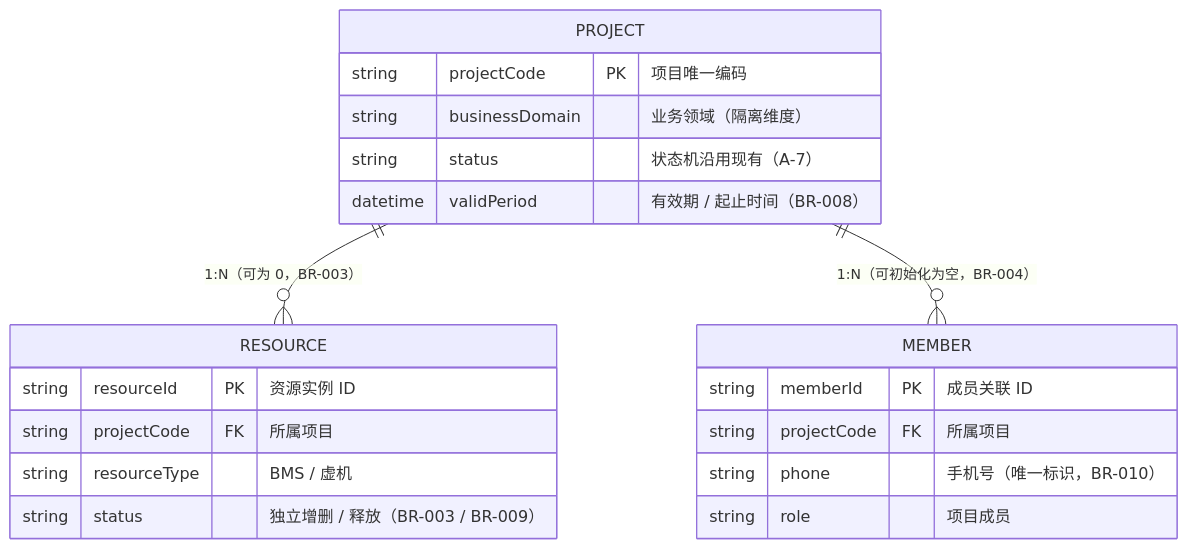
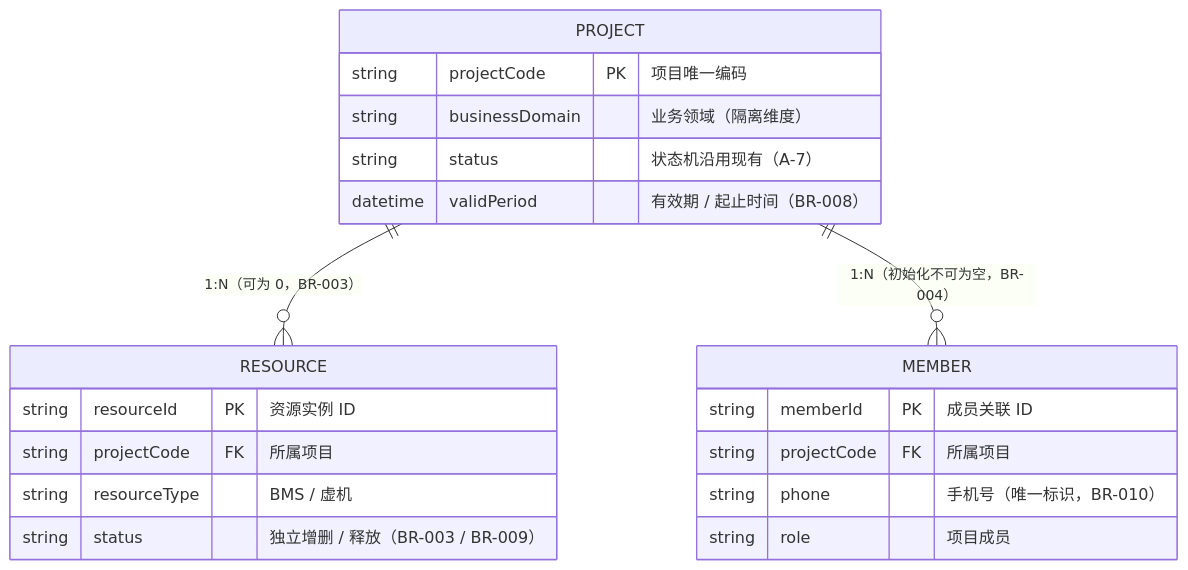
One commit to TerreMou/vue3-frontend-self-test changed the first of 2 diagrams in 业务需求说明书.md. Above: the diagram before and after it, drawn with Mermaid. The commit also changed other lines of this file, not shown here.

````diff
--- a/业务需求说明书.md
+++ b/业务需求说明书.md
@@ -85,23 +65,23 @@
 ```mermaid
 erDiagram
     PROJECT ||--o{ RESOURCE : "1:N（可为 0，BR-003）"
-    PROJECT ||--o{ MEMBER : "1:N（可初始化为空，BR-004）"
+    PROJECT ||--o{ MEMBER : "1:N（初始化不可为空，BR-004）"
     PROJECT {
         string projectCode PK "项目唯一编码"
         string businessDomain "业务领域（隔离维度）"
         string status "状态机沿用现有（A-7）"
         datetime validPeriod "有效期 / 起止时间（BR-008）"
     }
     RESOURCE {
         string resourceId PK "资源实例 ID"
         string projectCode FK "所属项目"
         string resourceType "BMS / 虚机"
         string status "独立增删 / 释放（BR-003 / BR-009）"
     }
     MEMBER {
         string memberId PK "成员关联 ID"
         string projectCode FK "所属项目"
         string phone "手机号（唯一标识，BR-010）"
         string role "项目成员"
     }
 ```
````
